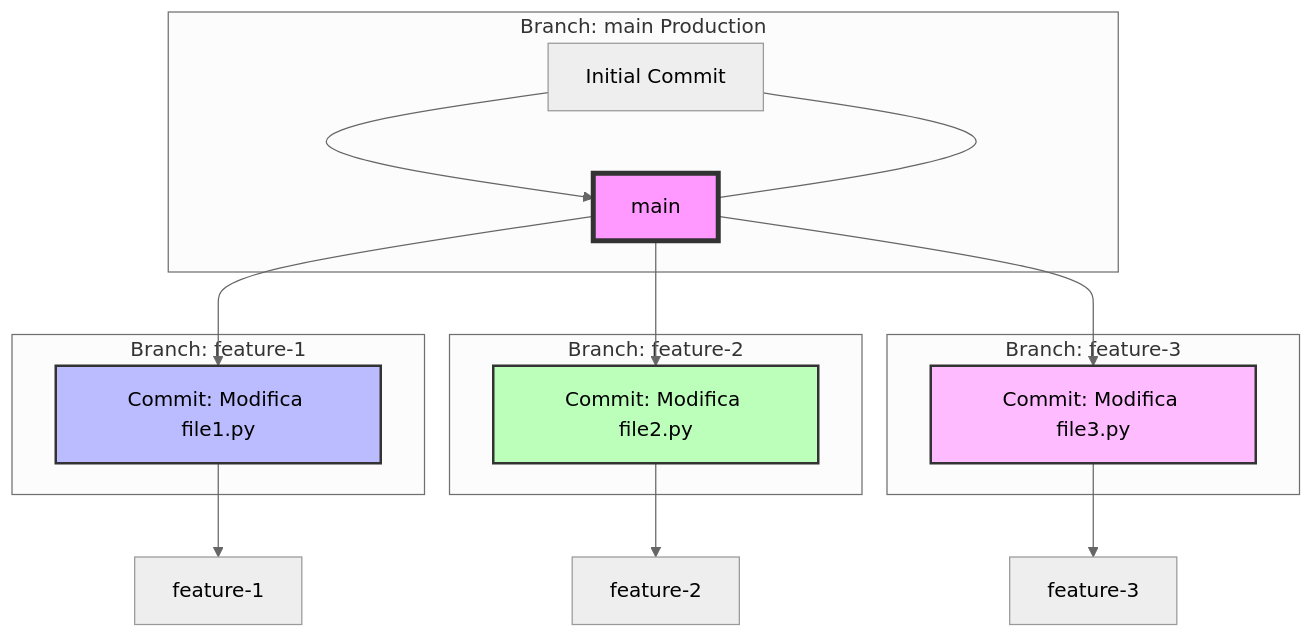
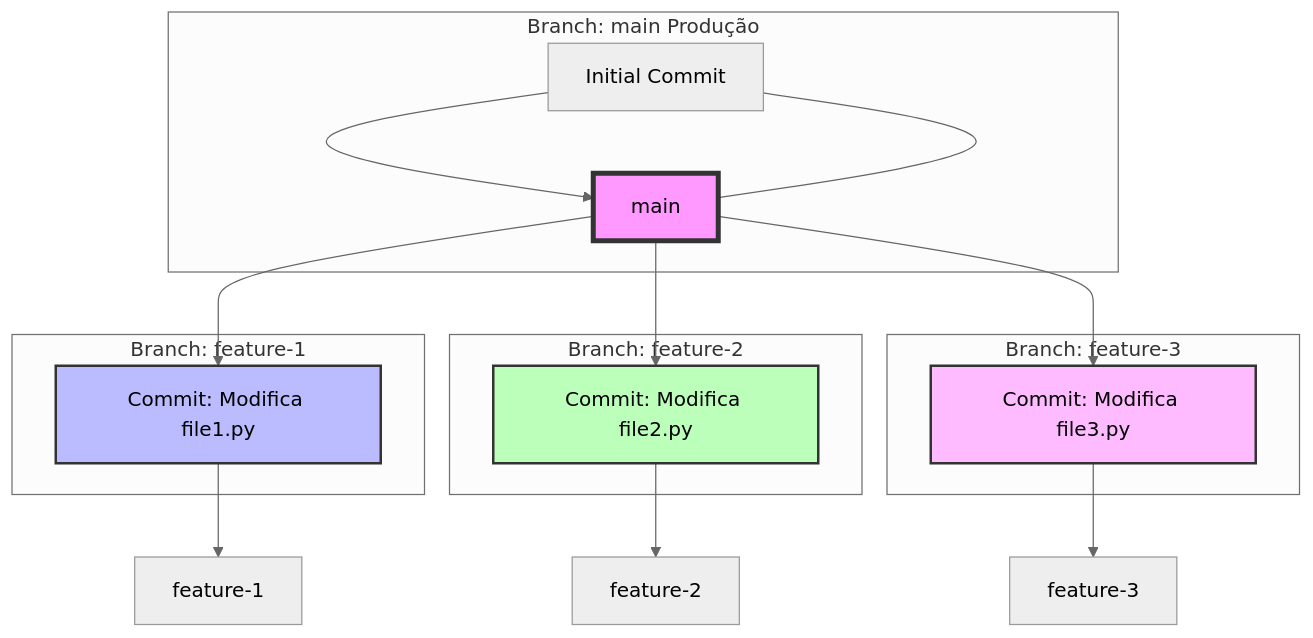
The fifth of 6 diagrams in Aula Git/README.md (Gbrito-code/Aula-Git-e-Github), drawn with Mermaid (neutral theme) before and after one commit. The commit also changed other lines of this file, not shown here.

````diff
--- a/Aula Git/README.md
+++ b/Aula Git/README.md
@@ -504,28 +513,28 @@
 ```mermaid
 graph TD;
-    subgraph main [Branch: main Production]
+    subgraph main [Branch: main Produção]
         A[Initial Commit] --> B[main];
     end
 
     subgraph feature-1 [Branch: feature-1]
         B --> C[Commit: Modifica file1.py];
     end
 
     subgraph feature-2 [Branch: feature-2]
         B --> D[Commit: Modifica file2.py];
     end
 
     subgraph feature-3 [Branch: feature-3]
         B --> E[Commit: Modifica file3.py];
     end
 
     A --- B;
     C --> G[feature-1];
     D --> H[feature-2];
     E --> I[feature-3];
 
     style B fill:#f9f,stroke:#333,stroke-width:4px;
     style C fill:#bbf,stroke:#333,stroke-width:2px;
     style D fill:#bfb,stroke:#333,stroke-width:2px;
     style E fill:#fbf,stroke:#333,stroke-width:2px;
 ```
````
